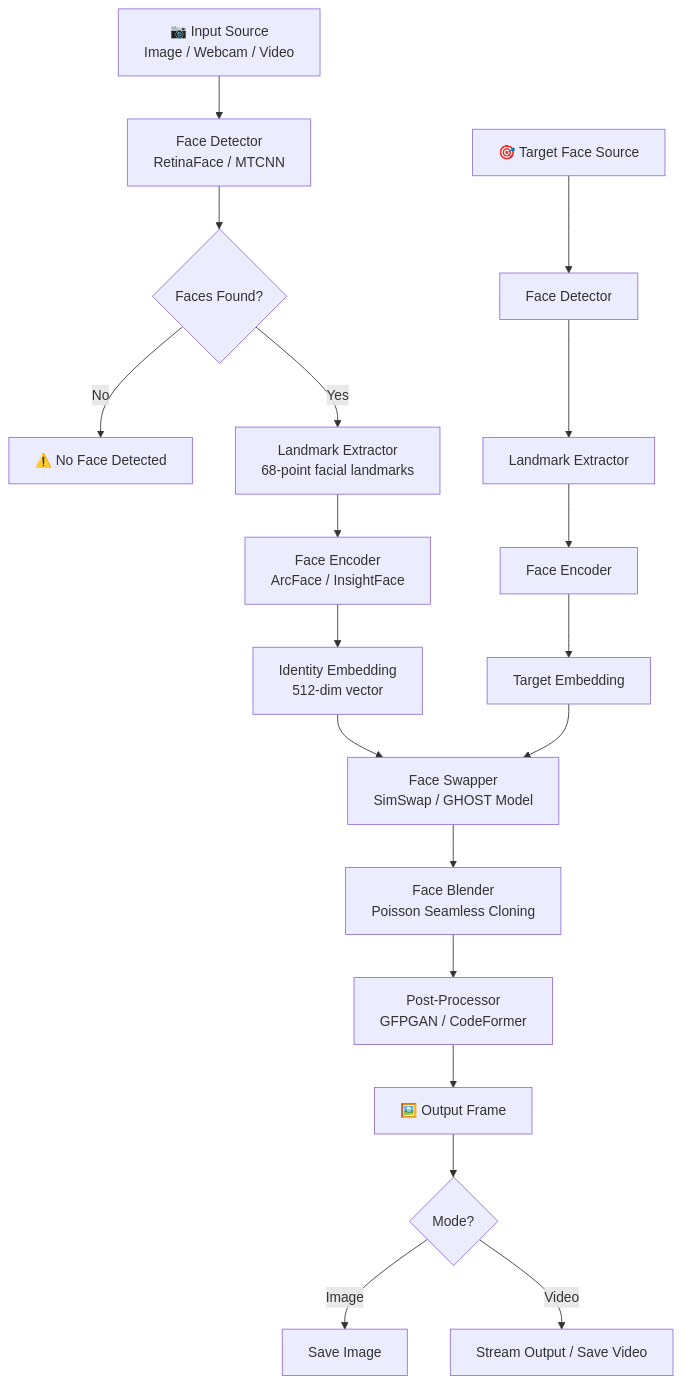
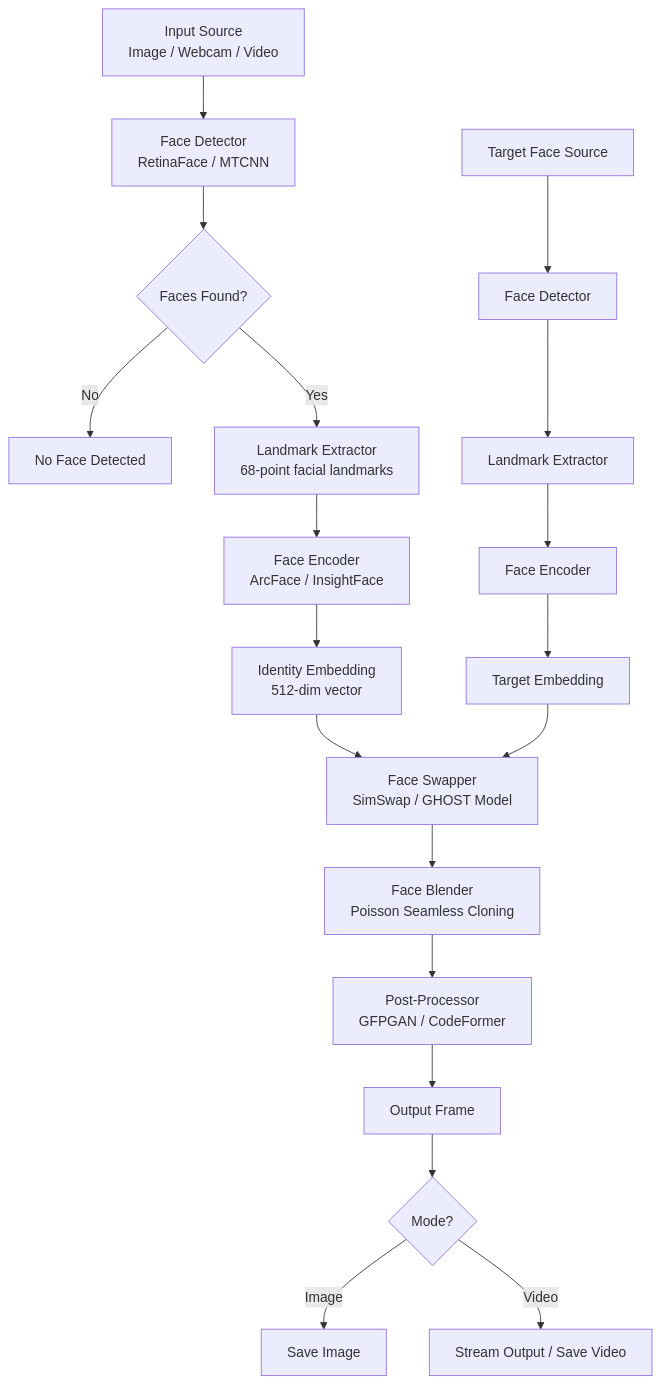
One commit to jadfarhat-cell/face-swap-app changed the diagram in README.md. Above: the diagram before and after it, drawn with Mermaid. The commit also changed other lines of this file, not shown here.

Commit message:
Remove all emojis from README

````diff
--- a/README.md
+++ b/README.md
@@ -7,23 +7,23 @@
 ```mermaid
 flowchart TD
-    A[📷 Input Source\nImage / Webcam / Video] --> B[Face Detector\nRetinaFace / MTCNN]
-    B --> C{Faces Found?}
-    C -- No --> Z[⚠️ No Face Detected]
-    C -- Yes --> D[Landmark Extractor\n68-point facial landmarks]
-    D --> E[Face Encoder\nArcFace / InsightFace]
-    E --> F[Identity Embedding\n512-dim vector]
-    
-    G[🎯 Target Face Source] --> H[Face Detector]
-    H --> I[Landmark Extractor]
-    I --> J[Face Encoder]
-    J --> K[Target Embedding]
+ A[ Input Source\nImage / Webcam / Video] --> B[Face Detector\nRetinaFace / MTCNN]
+ B --> C{Faces Found?}
+ C -- No --> Z[ No Face Detected]
+ C -- Yes --> D[Landmark Extractor\n68-point facial landmarks]
+ D --> E[Face Encoder\nArcFace / InsightFace]
+ E --> F[Identity Embedding\n512-dim vector]
+ 
+ G[ Target Face Source] --> H[Face Detector]
+ H --> I[Landmark Extractor]
+ I --> J[Face Encoder]
+ J --> K[Target Embedding]
 
-    F --> L[Face Swapper\nSimSwap / GHOST Model]
-    K --> L
-    L --> M[Face Blender\nPoisson Seamless Cloning]
-    M --> N[Post-Processor\nGFPGAN / CodeFormer]
-    N --> O[🖼️ Output Frame]
-    O --> P{Mode?}
-    P -- Image --> Q[Save Image]
-    P -- Video --> R[Stream Output / Save Video]
+ F --> L[Face Swapper\nSimSwap / GHOST Model]
+ K --> L
+ L --> M[Face Blender\nPoisson Seamless Cloning]
+ M --> N[Post-Processor\nGFPGAN / CodeFormer]
+ N --> O[ Output Frame]
+ O --> P{Mode?}
+ P -- Image --> Q[Save Image]
+ P -- Video --> R[Stream Output / Save Video]
 ```
````
